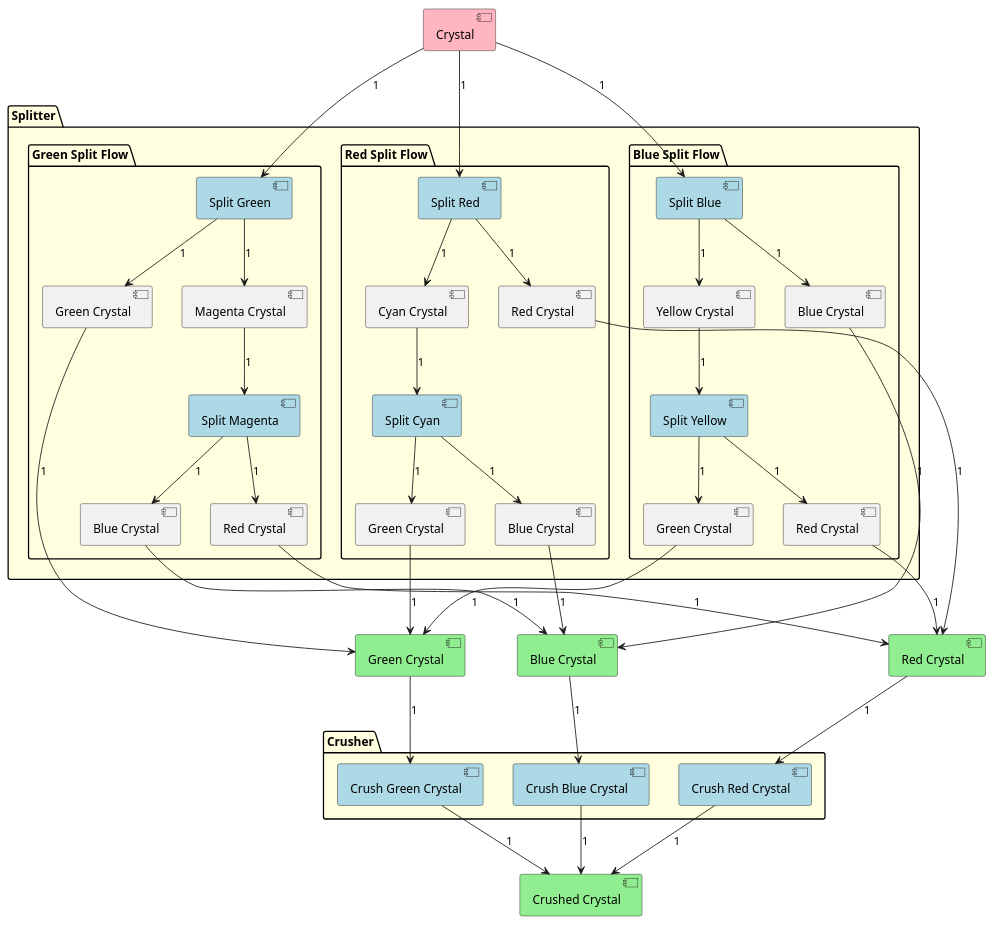
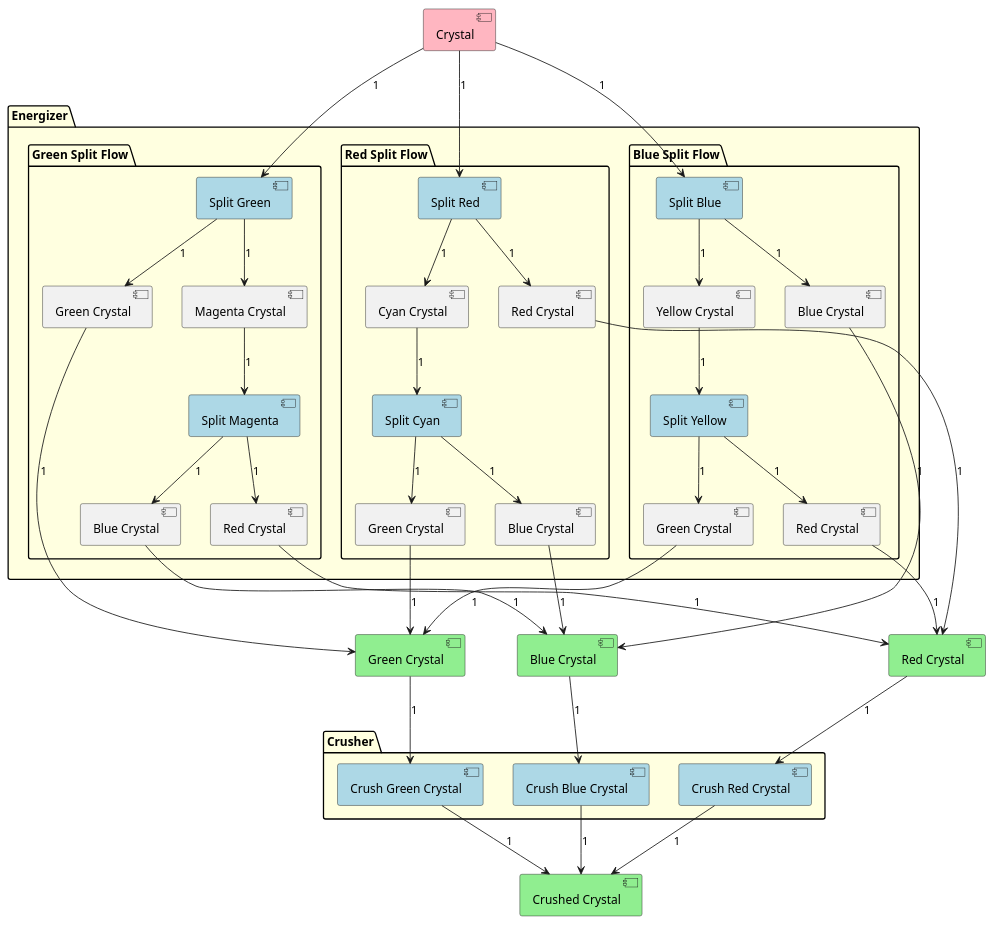
One commit to Thomas-De-Praetere/CrystalMod changed the diagram in Documentation/ColoredFlow.puml. Above: the diagram before and after it, drawn with PlantUML. The commit also changed 11 other files, not shown here.

```diff
--- a/Documentation/ColoredFlow.puml
+++ b/Documentation/ColoredFlow.puml
@@ -1,95 +1,95 @@
 @startuml
 
 hide methods
 hide fields
 hide circle
 
 [Crystal] as C #lightpink
 
 [Red Crystal] as RC #lightgreen
 [Green Crystal] as GC #lightgreen
 [Blue Crystal] as BC #lightgreen
 [Crushed Crystal] as CCr #lightgreen
 
-package Splitter #lightyellow {
+package Energizer #lightyellow {
 package "Green Split Flow" {
 [Split Green] as SG #lightblue
 [Split Magenta] as SM #lightblue
 [Magenta Crystal] as MC
 [Red Crystal] as RC1
 [Green Crystal] as GC1
 [Blue Crystal] as BC1
 }
 package "Red Split Flow" {
 [Split Red] as SR #lightblue
 [Split Cyan] as SC #lightblue
 [Cyan Crystal] as CC
 [Red Crystal] as RC2
 [Green Crystal] as GC2
 [Blue Crystal] as BC2
 
 }
 package "Blue Split Flow" {
 [Split Blue] as SB #lightblue
 [Split Yellow] as SY #lightblue
 [Yellow Crystal] as YC
 [Red Crystal] as RC3
 [Green Crystal] as GC3
 [Blue Crystal] as BC3
 }
 }
 
 package Crusher #lightyellow {
 [Crush Red Crystal] as CrR #lightblue
 [Crush Green Crystal] as CrG #lightblue
 [Crush Blue Crystal] as CrB #lightblue
 }
 
 
 
 C --> SG  : 1
 SG --> GC1 : 1
 SG --> MC : 1
 
 C --> SR : 1
 SR --> RC2 : 1
 SR --> CC : 1
 
 C --> SB : 1
 SB --> BC3 : 1
 SB --> YC : 1
 
 YC --> SY : 1
 SY --> RC3 : 1
 SY --> GC3 : 1
 
 CC --> SC : 1
 SC --> GC2 : 1
 SC --> BC2 : 1
 
 MC --> SM : 1
 SM --> BC1 : 1
 SM --> RC1 : 1
 
 RC1 --> RC : 1
 RC2 --> RC : 1
 RC3 --> RC : 1
 
 GC1 --> GC : 1
 GC2 --> GC : 1
 GC3 --> GC : 1
 
 BC1 --> BC : 1
 BC2 --> BC : 1
 BC3 --> BC : 1
 
 BC --> CrB : 1
 CrB --> CCr : 1
 
 RC --> CrR : 1
 CrR --> CCr : 1
 
 GC --> CrG : 1
 CrG --> CCr : 1
 
 @enduml
```
